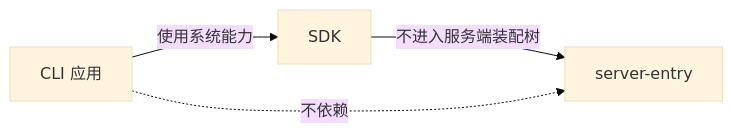
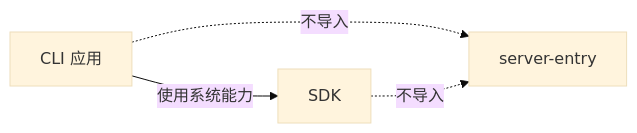
Before and after one commit to nemori-ai/omne-harness-lite: the first of 2 diagrams in docs/package-organization.md, drawn with Mermaid (base theme). The commit also changed other lines of this file and 1 other file, not shown here.

Commit message:
docs: 去掉 SDK 到 server-entry 的依赖箭头
后续实现若照着应用说明里的图接线，会把 SDK 导入服务端接入。图改为 CLI 只进入 SDK，两边都不导入 server-entry。

Harness: cursor
Agent-Role: main

````diff
--- a/docs/package-organization.md
+++ b/docs/package-organization.md
@@ -110,10 +110,10 @@
 ```mermaid
 flowchart LR
   cli["CLI 应用"]
   sdk["SDK"]
   server["server-entry"]
 
   cli -->|"使用系统能力"| sdk
-  sdk -->|"不进入服务端装配树"| server
-  cli -.->|"不依赖"| server
+  cli -.->|"不导入"| server
+  sdk -.->|"不导入"| server
 ```
````
